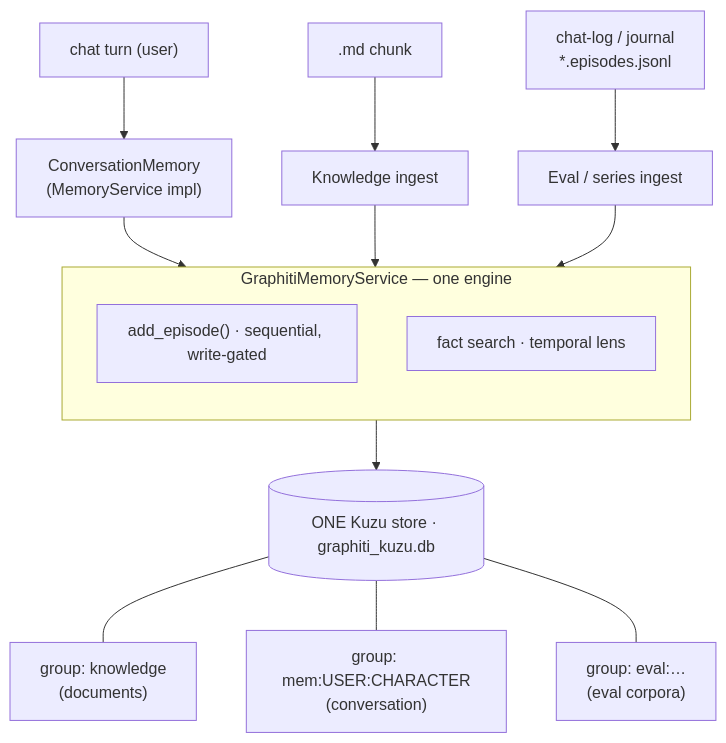
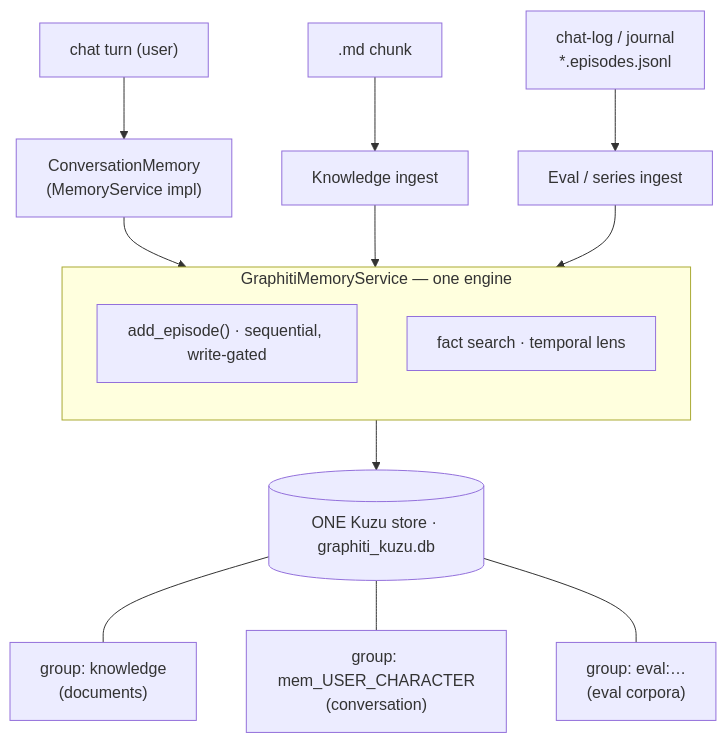
One commit to hiro-league/hiroleague changed the second of 11 diagrams in docs/memory-graphiti-replacement-design.md. Above: the diagram before and after it, drawn with Mermaid. The commit also changed other lines of this file and 117 other files, not shown here.

Commit message:
graphiti settling in

````diff
--- a/docs/memory-graphiti-replacement-design.md
+++ b/docs/memory-graphiti-replacement-design.md
@@ -70,22 +78,22 @@
 ```mermaid
 flowchart TB
     turn["chat turn (user)"] --> cmem["ConversationMemory<br/>(MemoryService impl)"]
     chunk[".md chunk"] --> kgraph["Knowledge ingest"]
     eval["chat-log / journal<br/>*.episodes.jsonl"] --> evalp["Eval / series ingest"]
 
     cmem --> GSVC
     kgraph --> GSVC
     evalp --> GSVC
 
     subgraph GSVC["GraphitiMemoryService — one engine"]
         direction TB
         addep["add_episode() · sequential, write-gated"]
         search["fact search · temporal lens"]
     end
 
     GSVC --> STORE[("ONE Kuzu store · graphiti_kuzu.db")]
 
     STORE --- G1["group: knowledge<br/>(documents)"]
-    STORE --- G2["group: mem:USER:CHARACTER<br/>(conversation)"]
+    STORE --- G2["group: mem_USER_CHARACTER<br/>(conversation)"]
     STORE --- G3["group: eval:…<br/>(eval corpora)"]
 ```
````
